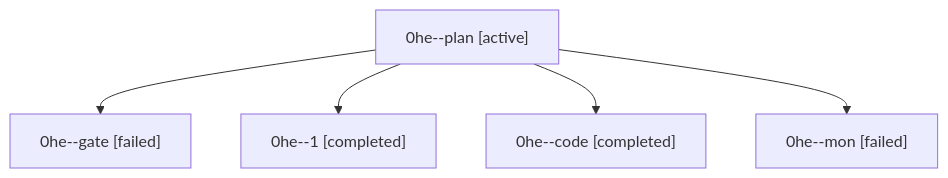
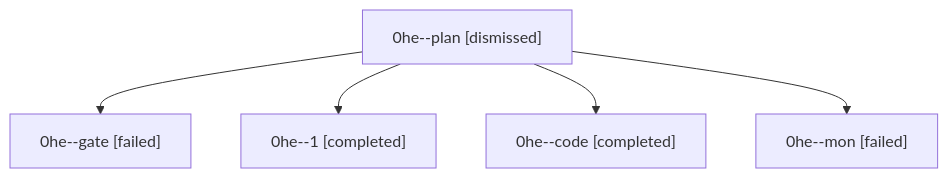
One commit to sase-org/sase--agents changed the diagram in sessions/bbugyi200.athena.0he.md. Above: the diagram before and after it, drawn with Mermaid. The commit also changed other lines of this file and 34 other files, not shown here.

````diff
--- a/sessions/bbugyi200.athena.0he.md
+++ b/sessions/bbugyi200.athena.0he.md
@@ -9,12 +9,12 @@
 ```mermaid
 flowchart TD
-  n0["0he--plan [active]"]
+  n0["0he--plan [dismissed]"]
   n1["0he--gate [failed]"]
   n0 --> n1
   n2["0he--1 [completed]"]
   n0 --> n2
   n3["0he--code [completed]"]
   n0 --> n3
   n4["0he--mon [failed]"]
   n0 --> n4
 ```
````
